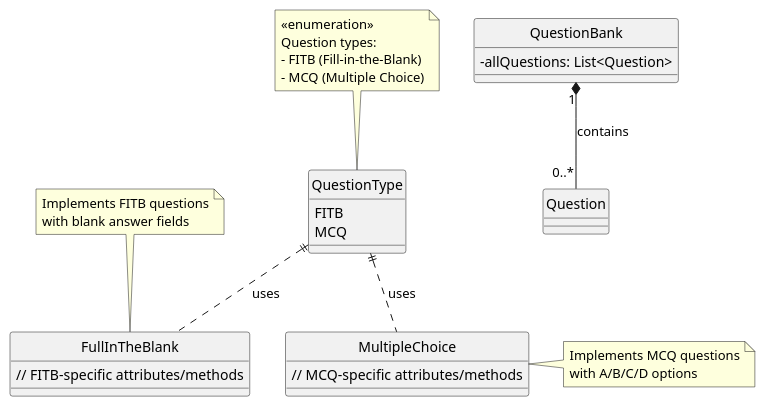
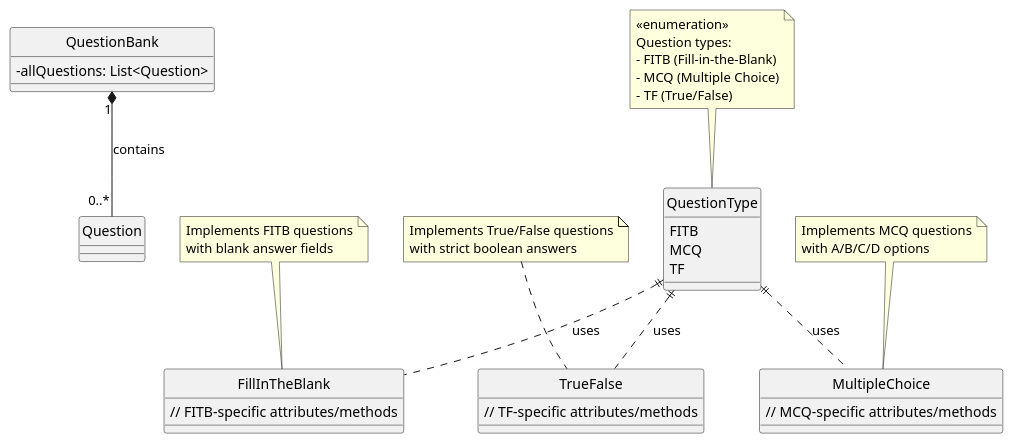
One commit to tongkiankiat/tp changed the diagram in docs/diagrams/class/DataDiagram.puml. Above: the diagram before and after it, drawn with PlantUML. The commit also changed 3 other files, not shown here.

First line of the commit message:
Edits DG and UG with regards to StorageFile, TrueFalse question types, and Delete command

```diff
--- a/docs/diagrams/class/DataDiagram.puml
+++ b/docs/diagrams/class/DataDiagram.puml
@@ -1,44 +1,56 @@
 @startuml Data Diagram
 hide circle
 skinparam classAttributeIconSize 0
 
 class QuestionBank {
   - allQuestions: List<Question>
 }
 
 enum QuestionType {
   FITB
   MCQ
+  TF
 }
 
-class FullInTheBlank {
+class FillInTheBlank {
   // FITB-specific attributes/methods
 }
 
 class MultipleChoice {
   // MCQ-specific attributes/methods
 }
 
+class TrueFalse {
+  // TF-specific attributes/methods
+}
+
 ' Relationships
 QuestionBank "1" *-- "0..*" Question : contains
 
-QuestionType ||.. FullInTheBlank : uses
+QuestionType ||.. FillInTheBlank : uses
 QuestionType ||.. MultipleChoice : uses
+QuestionType ||.. TrueFalse : uses
 
 note top of QuestionType
   <<enumeration>>
   Question types:
   - FITB (Fill-in-the-Blank)
   - MCQ (Multiple Choice)
+  - TF (True/False)
 end note
 
-note top of FullInTheBlank
+note top of FillInTheBlank
   Implements FITB questions
   with blank answer fields
 end note
 
-note right of MultipleChoice
+note top of MultipleChoice
   Implements MCQ questions
   with A/B/C/D options
 end note
+
+note top of TrueFalse
+  Implements True/False questions
+  with strict boolean answers
+end note
 @enduml
```
